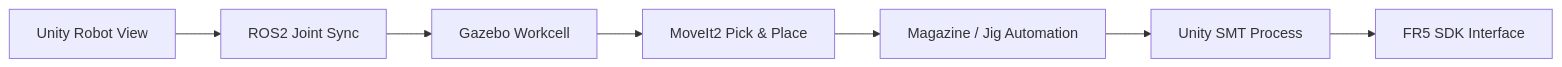
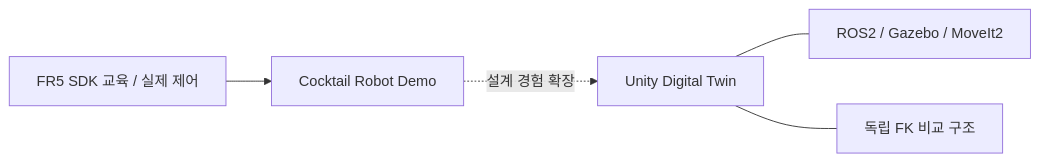
The diagram in docs/01_overview.md (seongyeop-dev/fr5-unity-digital-twin), drawn with Mermaid before and after one commit. The commit also changed other lines of this file and 49 other files, not shown here.

Commit message:
portfolio: finalize FR5 digital twin implementation

````diff
--- a/docs/01_overview.md
+++ b/docs/01_overview.md
@@ -26,9 +26,7 @@
 ```mermaid
 flowchart LR
-    A["Unity Robot View"] --> B["ROS2 Joint Sync"]
-    B --> C["Gazebo Workcell"]
-    C --> D["MoveIt2 Pick & Place"]
-    D --> E["Magazine / Jig Automation"]
-    E --> F["Unity SMT Process"]
-    F --> G["FR5 SDK Interface"]
+    SDK["FR5 SDK 교육 / 실제 제어"] --> DEMO["Cocktail Robot Demo"]
+    DEMO -. "설계 경험 확장" .-> DT["Unity Digital Twin"]
+    DT --- SIM["ROS2 / Gazebo / MoveIt2"]
+    DT --- MATH["독립 FK 비교 구조"]
 ```
````
